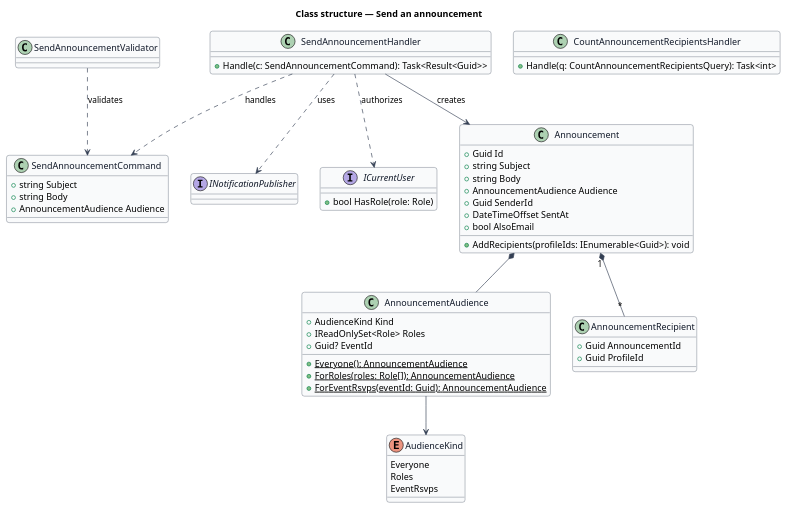
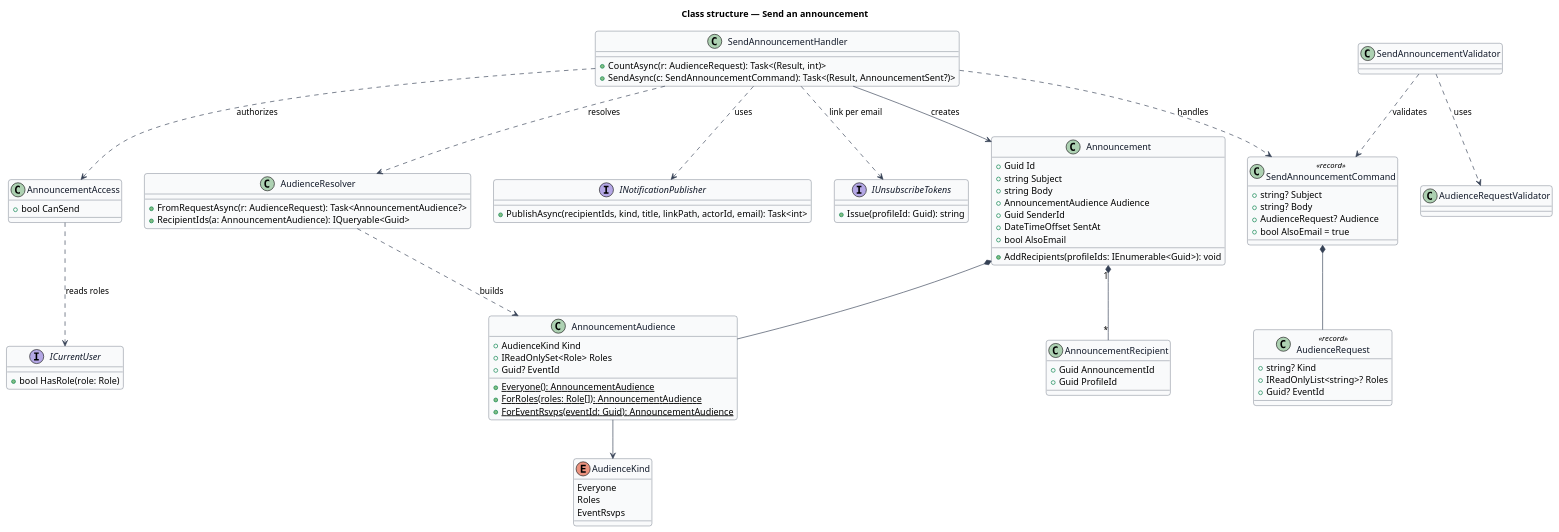
One commit to QuinntyneBrown/faithtech-community changed the diagram in docs/detailed-designs/announcements/send-announcement/diagrams/class-structure.puml. Above: the diagram before and after it, drawn with PlantUML. The commit also changed 33 other files, not shown here.

First line of the commit message:
Redraw the notification, announcement and search diagrams to match the code

```diff
--- a/docs/detailed-designs/announcements/send-announcement/diagrams/class-structure.puml
+++ b/docs/detailed-designs/announcements/send-announcement/diagrams/class-structure.puml
@@ -1,64 +1,87 @@
 @startuml
 skinparam backgroundColor #FFFFFF
 skinparam shadowing false
 skinparam roundcorner 8
 skinparam defaultFontName Arial
 skinparam ArrowColor #344054
 skinparam class {
   BorderColor #344054
   FontColor #101828
   BackgroundColor #F9FAFB
 }
 title Class structure — Send an announcement
 enum AudienceKind {
   Everyone
   Roles
   EventRsvps
 }
 class AnnouncementAudience {
   +AudienceKind Kind
   +IReadOnlySet<Role> Roles
   +Guid? EventId
   +{static} Everyone(): AnnouncementAudience
   +{static} ForRoles(roles: Role[]): AnnouncementAudience
   +{static} ForEventRsvps(eventId: Guid): AnnouncementAudience
 }
 class Announcement {
   +Guid Id
   +string Subject
   +string Body
   +AnnouncementAudience Audience
   +Guid SenderId
   +DateTimeOffset SentAt
   +bool AlsoEmail
   +AddRecipients(profileIds: IEnumerable<Guid>): void
 }
 class AnnouncementRecipient {
   +Guid AnnouncementId
   +Guid ProfileId
 }
-class SendAnnouncementCommand {
-  +string Subject
-  +string Body
-  +AnnouncementAudience Audience
+class AudienceRequest <<record>> {
+  +string? Kind
+  +IReadOnlyList<string>? Roles
+  +Guid? EventId
+}
+class SendAnnouncementCommand <<record>> {
+  +string? Subject
+  +string? Body
+  +AudienceRequest? Audience
+  +bool AlsoEmail = true
 }
 class SendAnnouncementHandler {
-  +Handle(c: SendAnnouncementCommand): Task<Result<Guid>>
+  +CountAsync(r: AudienceRequest): Task<(Result, int)>
+  +SendAsync(c: SendAnnouncementCommand): Task<(Result, AnnouncementSent?)>
 }
+class AudienceRequestValidator
 class SendAnnouncementValidator
-class CountAnnouncementRecipientsHandler {
-  +Handle(q: CountAnnouncementRecipientsQuery): Task<int>
+class AnnouncementAccess {
+  +bool CanSend
 }
-interface INotificationPublisher
+class AudienceResolver {
+  +FromRequestAsync(r: AudienceRequest): Task<AnnouncementAudience?>
+  +RecipientIds(a: AnnouncementAudience): IQueryable<Guid>
+}
+interface INotificationPublisher {
+  +PublishAsync(recipientIds, kind, title, linkPath, actorId, email): Task<int>
+}
+interface IUnsubscribeTokens {
+  +Issue(profileId: Guid): string
+}
 interface ICurrentUser {
   +bool HasRole(role: Role)
 }
 AnnouncementAudience --> AudienceKind
 Announcement *-- AnnouncementAudience
 Announcement "1" *-- "*" AnnouncementRecipient
+SendAnnouncementCommand *-- AudienceRequest
 SendAnnouncementHandler ..> SendAnnouncementCommand : handles
 SendAnnouncementValidator ..> SendAnnouncementCommand : validates
-SendAnnouncementHandler ..> ICurrentUser : authorizes
+SendAnnouncementValidator ..> AudienceRequestValidator : uses
+AnnouncementAccess ..> ICurrentUser : reads roles
+SendAnnouncementHandler ..> AnnouncementAccess : authorizes
+SendAnnouncementHandler ..> AudienceResolver : resolves
+AudienceResolver ..> AnnouncementAudience : builds
+SendAnnouncementHandler ..> IUnsubscribeTokens : link per email
 SendAnnouncementHandler ..> INotificationPublisher : uses
 SendAnnouncementHandler --> Announcement : creates
 @enduml
```
